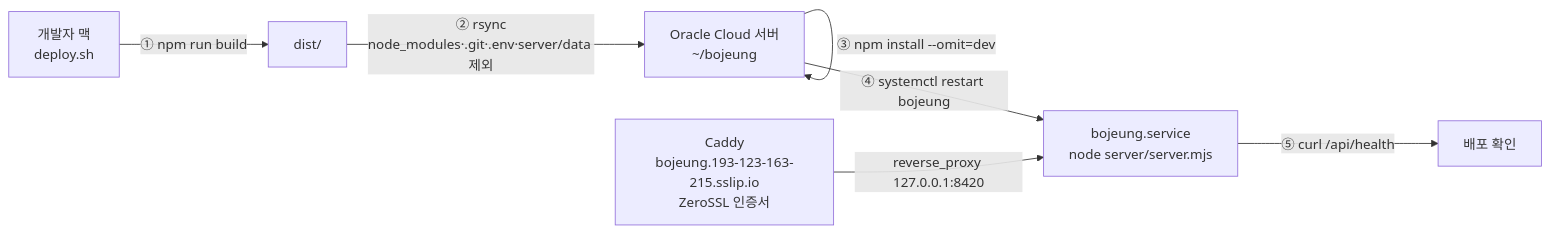
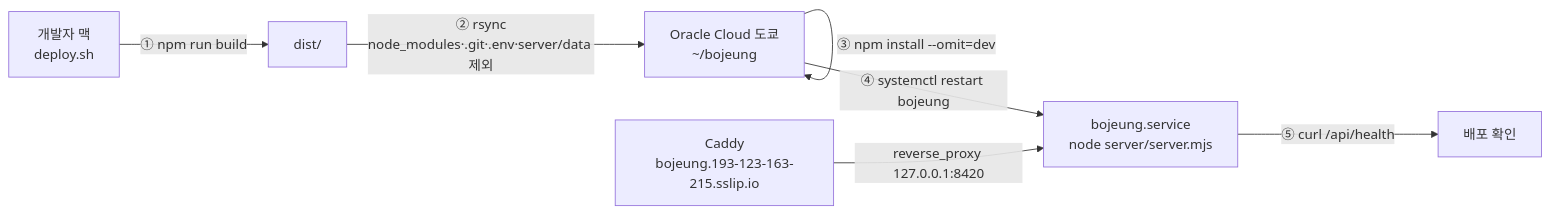
The sixth of 6 diagrams in docs/ARCHITECTURE.md (a1paka12/AIBuilder_Challenge), drawn with Mermaid before and after one commit. The commit also changed other lines of this file and 82 other files, not shown here.

````diff
--- a/docs/ARCHITECTURE.md
+++ b/docs/ARCHITECTURE.md
@@ -156,9 +198,9 @@
 ```mermaid
 flowchart LR
     DEV["개발자 맥<br/>deploy.sh"] -->|"① npm run build"| BUILD["dist/"]
-    BUILD -->|"② rsync<br/>node_modules·.git·.env·server/data 제외"| SRV["Oracle Cloud 서버<br/>~/bojeung"]
+    BUILD -->|"② rsync<br/>node_modules·.git·.env·server/data 제외"| SRV["Oracle Cloud 도쿄<br/>~/bojeung"]
     SRV -->|"③ npm install --omit=dev"| SRV
     SRV -->|"④ systemctl restart bojeung"| SVC["bojeung.service<br/>node server/server.mjs"]
     SVC -->|"⑤ curl /api/health"| OK["배포 확인"]
-    CADDY["Caddy<br/>bojeung.193-123-163-215.sslip.io<br/>ZeroSSL 인증서"] -->|"reverse_proxy 127.0.0.1:8420"| SVC
+    CADDY["Caddy<br/>bojeung.193-123-163-215.sslip.io"] -->|"reverse_proxy 127.0.0.1:8420"| SVC
 ```
````
